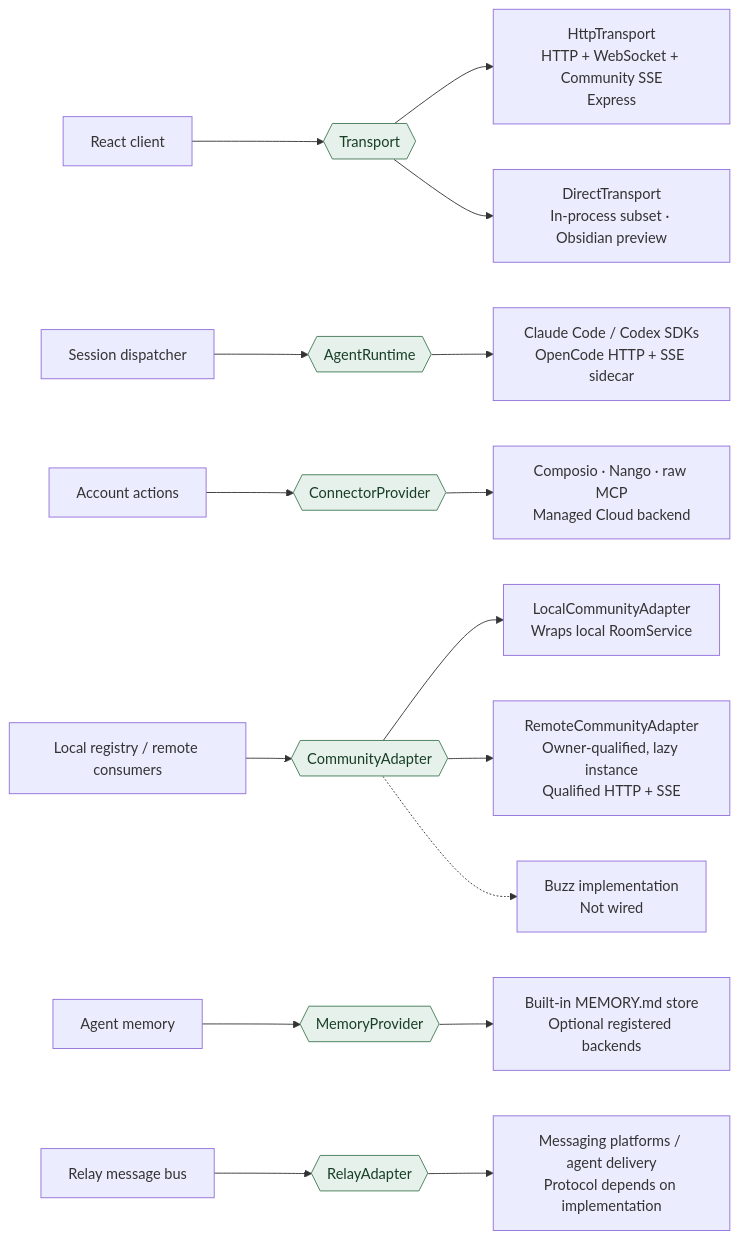
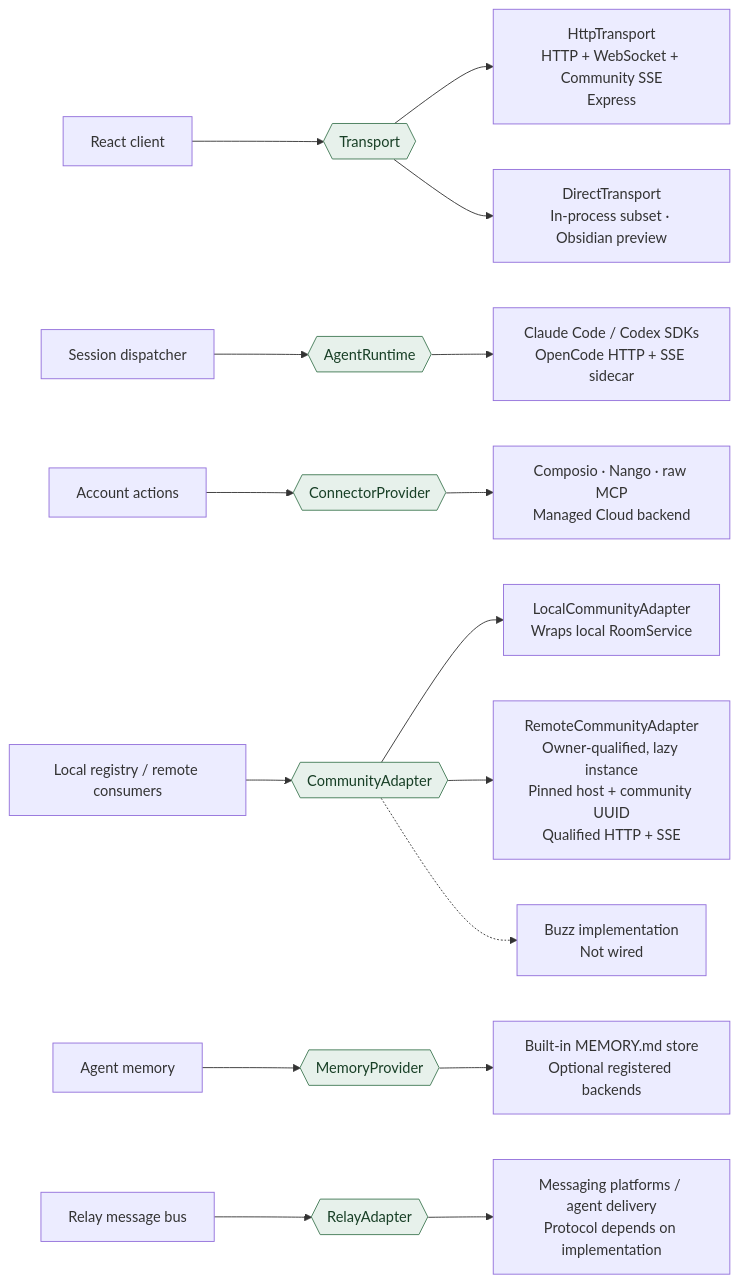
Before and after one commit to dork-labs/dorkos: the diagram in contributing/diagrams/architecture/ports.mmd, drawn with Mermaid. The commit also changed 19 other files, not shown here.

First line of the commit message:
docs(architecture): map hosted communities and runtime tool boundaries

```diff
--- a/contributing/diagrams/architecture/ports.mmd
+++ b/contributing/diagrams/architecture/ports.mmd
@@ -1,20 +1,20 @@
 flowchart LR
   accTitle: DorkOS replaceable interfaces
   accDescr: Each row names a caller, its port, and implementations. A port is a code boundary, not necessarily a network boundary. The dashed Community edge is the unwired Buzz implementation.
   ui["React client"] --> transport{{"Transport"}}
   transport --> http["HttpTransport<br/>HTTP + WebSocket + Community SSE<br/>Express"]
   transport --> direct["DirectTransport<br/>In-process subset · Obsidian preview"]
   dispatch["Session dispatcher"] --> agent{{"AgentRuntime"}}
   agent --> runtimes["Claude Code / Codex SDKs<br/>OpenCode HTTP + SSE sidecar"]
   accounts["Account actions"] --> connector{{"ConnectorProvider"}}
   connector --> backends["Composio · Nango · raw MCP<br/>Managed Cloud backend"]
   rooms["Local registry / remote consumers"] --> community{{"CommunityAdapter"}}
   community --> local["LocalCommunityAdapter<br/>Wraps local RoomService"]
-  community --> remote["RemoteCommunityAdapter<br/>Owner-qualified, lazy instance<br/>Qualified HTTP + SSE"]
+  community --> remote["RemoteCommunityAdapter<br/>Owner-qualified, lazy instance<br/>Pinned host + community UUID<br/>Qualified HTTP + SSE"]
   community -.-> buzz["Buzz implementation<br/>Not wired"]
   notes["Agent memory"] --> memory{{"MemoryProvider"}}
   memory --> files["Built-in MEMORY.md store<br/>Optional registered backends"]
   relay["Relay message bus"] --> messaging{{"RelayAdapter"}}
   messaging --> channels["Messaging platforms / agent delivery<br/>Protocol depends on implementation"]
   classDef port fill:#e7f1eb,stroke:#427a55,color:#183f26
   class transport,agent,connector,community,memory,messaging port
```
